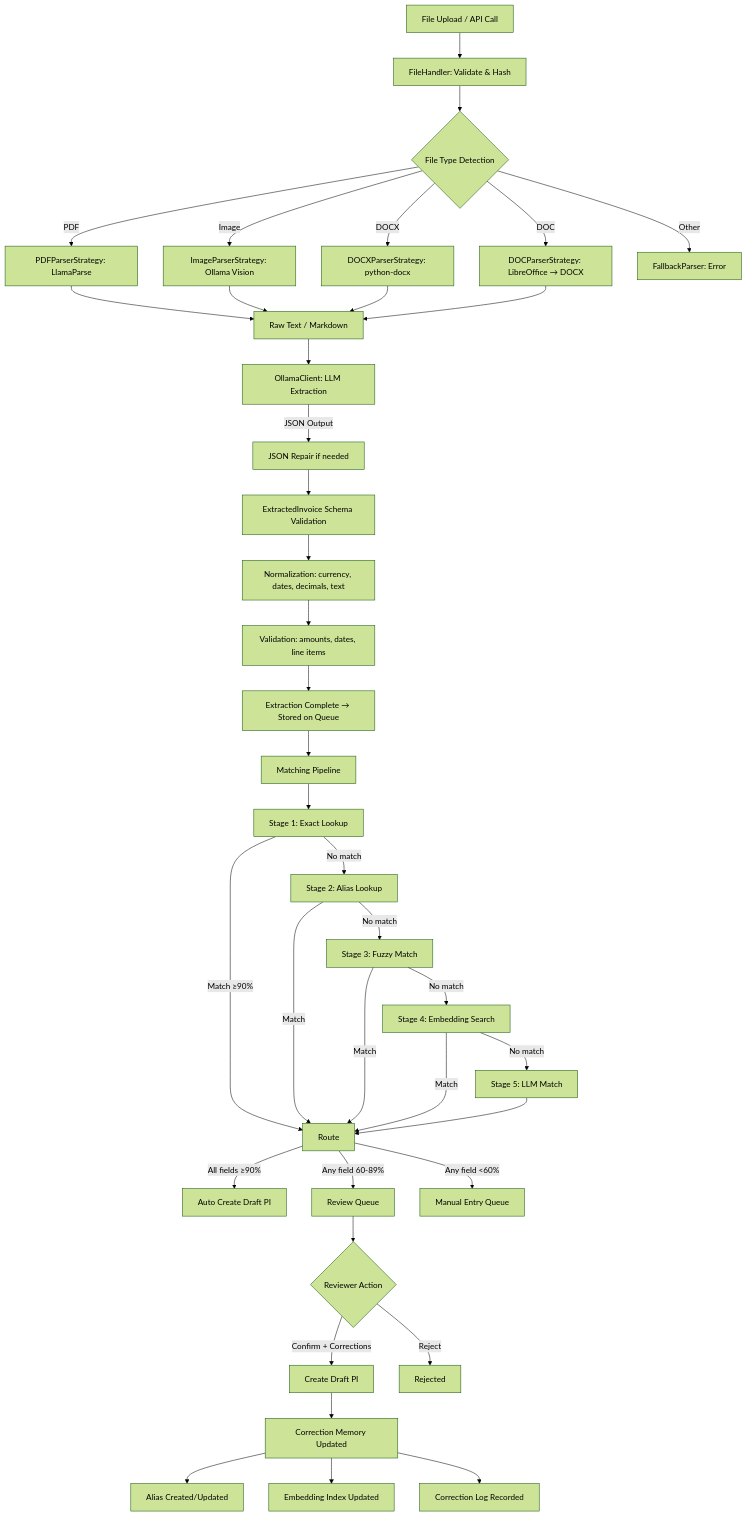
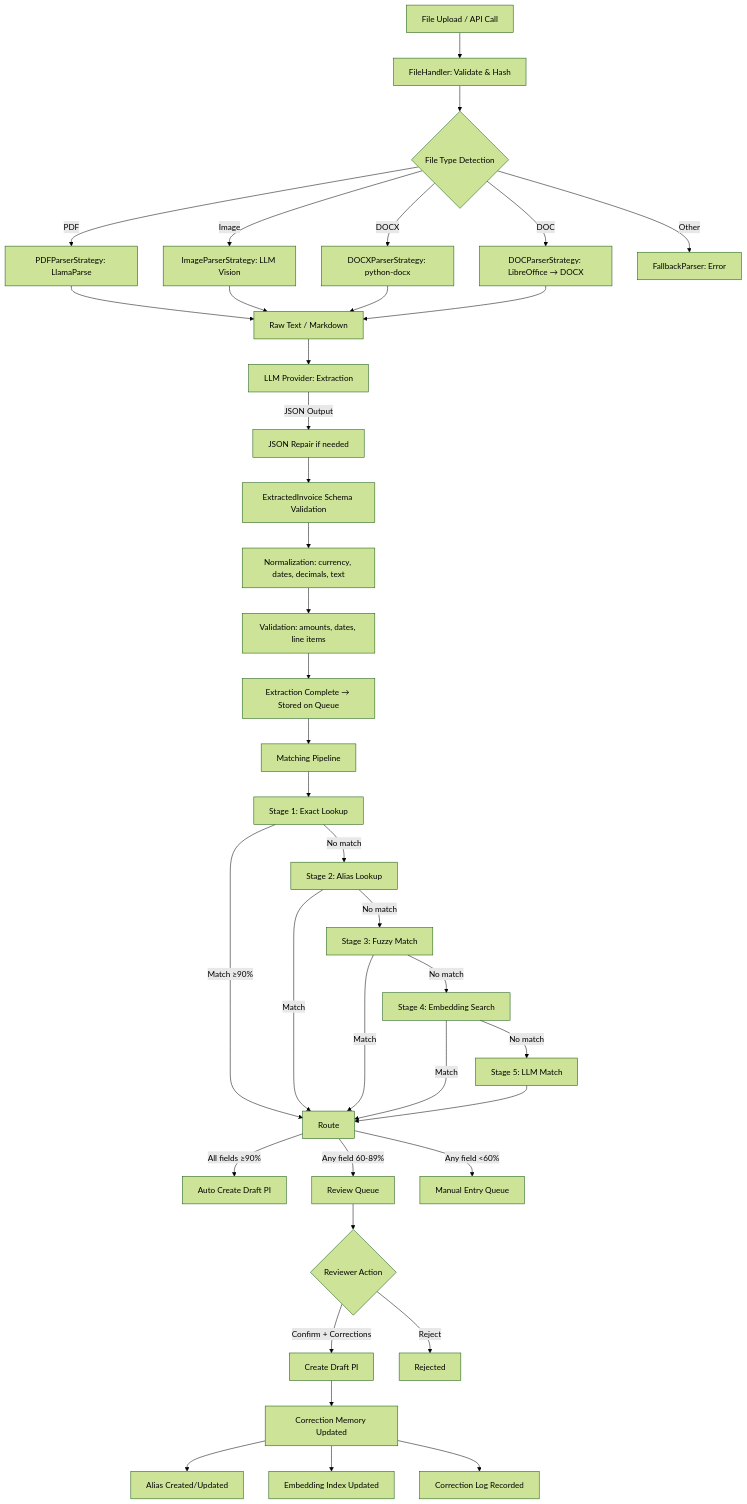
The first of 3 diagrams in docs/SYSTEM_FLOW.md (venkat102/invoice-automation), drawn with Mermaid (forest theme) before and after one commit. The commit also changed other lines of this file and 21 other files, not shown here.

````diff
--- a/docs/SYSTEM_FLOW.md
+++ b/docs/SYSTEM_FLOW.md
@@ -5,47 +5,47 @@
 ```mermaid
 flowchart TD
     A[File Upload / API Call] --> B[FileHandler: Validate & Hash]
     B --> C{File Type Detection}
     C -->|PDF| D1[PDFParserStrategy: LlamaParse]
-    C -->|Image| D2[ImageParserStrategy: Ollama Vision]
+    C -->|Image| D2[ImageParserStrategy: LLM Vision]
     C -->|DOCX| D3[DOCXParserStrategy: python-docx]
     C -->|DOC| D4[DOCParserStrategy: LibreOffice → DOCX]
     C -->|Other| D5[FallbackParser: Error]
 
     D1 --> E[Raw Text / Markdown]
     D2 --> E
     D3 --> E
     D4 --> E
 
-    E --> F[OllamaClient: LLM Extraction]
+    E --> F[LLM Provider: Extraction]
     F -->|JSON Output| G[JSON Repair if needed]
     G --> H[ExtractedInvoice Schema Validation]
     H --> I[Normalization: currency, dates, decimals, text]
     I --> J[Validation: amounts, dates, line items]
     J --> K[Extraction Complete → Stored on Queue]
 
     K --> L[Matching Pipeline]
     L --> M[Stage 1: Exact Lookup]
     M -->|Match ≥90%| R[Route]
     M -->|No match| N[Stage 2: Alias Lookup]
     N -->|Match| R
     N -->|No match| O[Stage 3: Fuzzy Match]
     O -->|Match| R
     O -->|No match| P[Stage 4: Embedding Search]
     P -->|Match| R
     P -->|No match| Q[Stage 5: LLM Match]
     Q --> R
 
     R -->|All fields ≥90%| S[Auto Create Draft PI]
     R -->|Any field 60-89%| T[Review Queue]
     R -->|Any field <60%| U[Manual Entry Queue]
 
     T --> V{Reviewer Action}
     V -->|Confirm + Corrections| W[Create Draft PI]
     V -->|Reject| X[Rejected]
 
     W --> Y[Correction Memory Updated]
     Y --> Z1[Alias Created/Updated]
     Y --> Z2[Embedding Index Updated]
     Y --> Z3[Correction Log Recorded]
 ```
````
